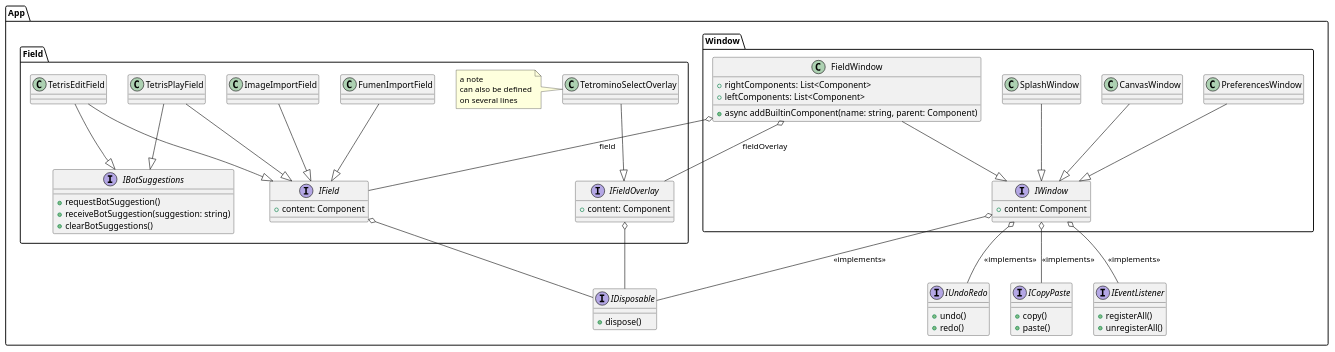
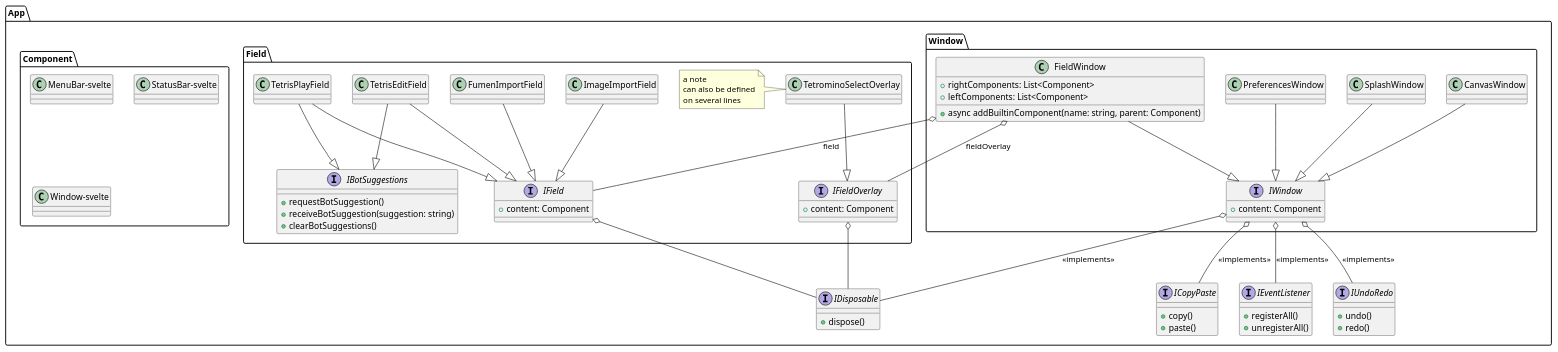
One commit to CSDotNET0211/fumen-rs changed the diagram in uml/main.plantuml. Above: the diagram before and after it, drawn with PlantUML. The commit also changed 5 other files, not shown here.

```diff
--- a/uml/main.plantuml
+++ b/uml/main.plantuml
@@ -1,93 +1,102 @@
 @startuml a
 package App {
 
 package Window
 {
 
     interface IWindow {
         + content: Component
     }
     class FieldWindow {
         + rightComponents: List<Component>
         + leftComponents: List<Component>
         + async addBuiltinComponent(name: string, parent: Component)
     }
     class PreferencesWindow
     class CanvasWindow
     class SplashWindow
 
     FieldWindow --|> IWindow
     PreferencesWindow --|> IWindow
     CanvasWindow --|> IWindow
     SplashWindow --|> IWindow
+}
+
+package Component {
+
+class MenuBar-svelte{}
+class StatusBar-svelte{}
+class Window-svelte{
+
+}
 }
 
 interface IDisposable {
     + dispose()
 }
 
 interface IUndoRedo {
     + undo()
     + redo()
 }
 interface ICopyPaste
 {
     + copy()
     + paste()
 }
 interface IEventListener {
     + registerAll()
     + unregisterAll()
 }
 
 
 
 Window.IWindow o-- IEventListener : <<implements>>
 
 Window.IWindow o-- IDisposable : <<implements>>
 Window.IWindow o-- IUndoRedo : <<implements>>
 Window.IWindow o-- ICopyPaste : <<implements>>
 
 package Field
 {
     interface IField {
     + content: Component
 }
 interface IFieldOverlay {
     + content: Component
 }
 
 interface IBotSuggestions{
     + requestBotSuggestion()
     + receiveBotSuggestion(suggestion: string)
     + clearBotSuggestions()
 }
 
 
 class TetrisEditField
 class TetrisPlayField
 class FumenImportField
 class ImageImportField
 class TetrominoSelectOverlay
 
 TetrisPlayField --|> IBotSuggestions
 TetrisEditField --|> IBotSuggestions
 TetrisEditField --|> IField
 TetrisPlayField --|> IField
 FumenImportField --|> IField
 ImageImportField --|> IField
 TetrominoSelectOverlay --|> IFieldOverlay
 
 FieldWindow o-- IField : field
 FieldWindow o-- IFieldOverlay : fieldOverlay
 
 IField o-- IDisposable
 IFieldOverlay o-- IDisposable
 note left
     a note
     can also be defined
     on several lines
 end note
 }
 }
 @enduml
```
